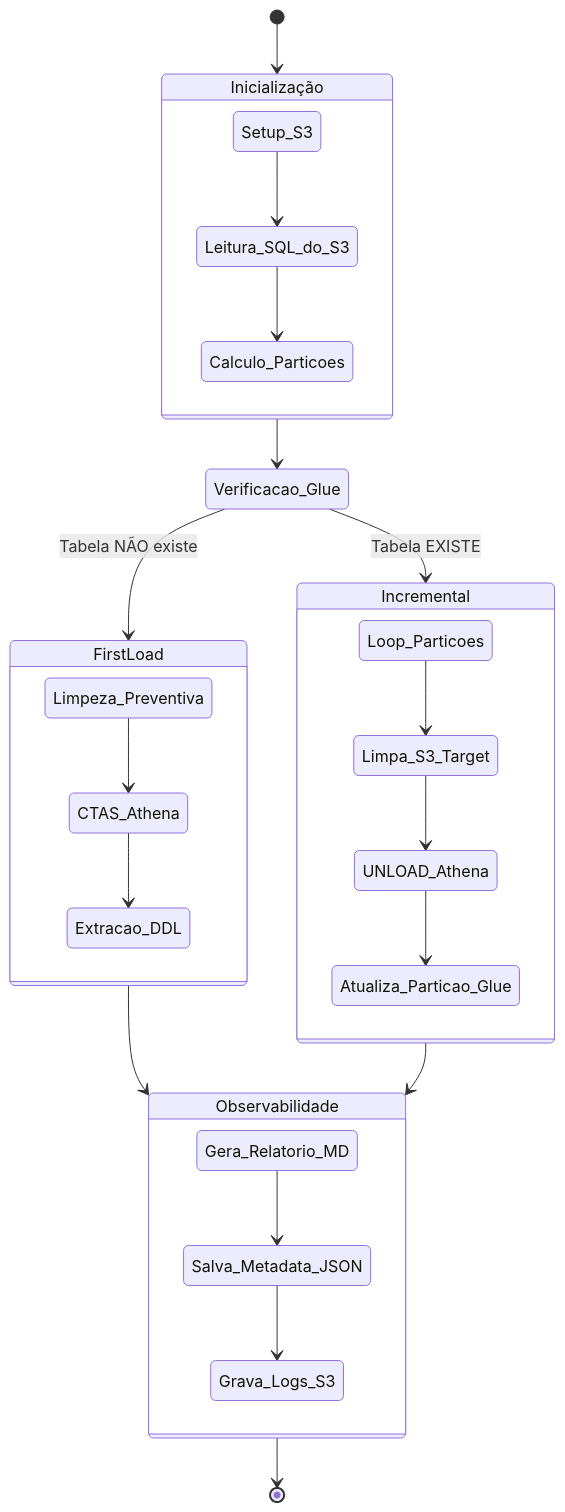
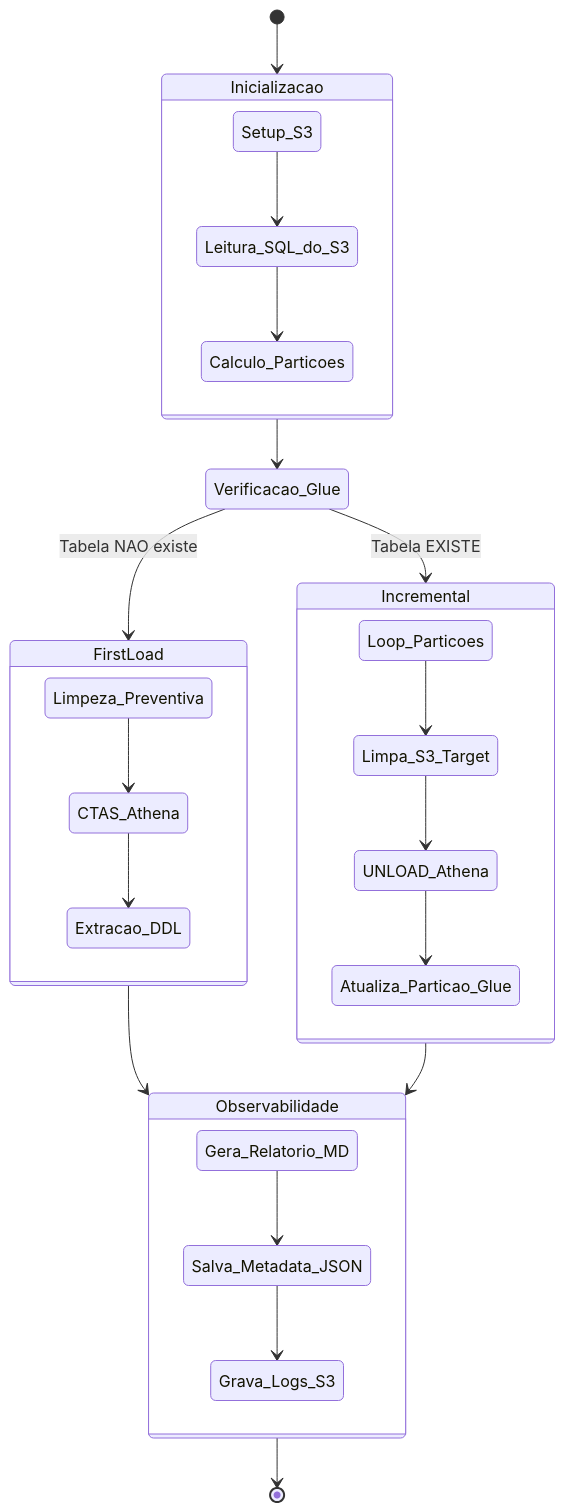
Before and after one commit to Oliver-Data-Engineer/AWS_Data_Factory: the third of 3 diagrams in notas.md, drawn with Mermaid. The commit also changed other lines of this file, not shown here.

````diff
--- a/notas.md
+++ b/notas.md
@@ -68,36 +223,27 @@
 ```mermaid
 stateDiagram-v2
-    [*] --> Inicialização
-    
-    state Inicialização {
+    [*] --> Inicializacao
+    state Inicializacao {
         Setup_S3 --> Leitura_SQL_do_S3
         Leitura_SQL_do_S3 --> Calculo_Particoes
     }
-    
-    Inicialização --> Verificacao_Glue
-    
-    Verificacao_Glue --> FirstLoad: Tabela NÃO existe
+    Inicializacao --> Verificacao_Glue
+    Verificacao_Glue --> FirstLoad: Tabela NAO existe
     Verificacao_Glue --> Incremental: Tabela EXISTE
-    
     state FirstLoad {
         Limpeza_Preventiva --> CTAS_Athena
         CTAS_Athena --> Extracao_DDL
     }
-    
     state Incremental {
         Loop_Particoes --> Limpa_S3_Target
         Limpa_S3_Target --> UNLOAD_Athena
         UNLOAD_Athena --> Atualiza_Particao_Glue
     }
-    
     FirstLoad --> Observabilidade
     Incremental --> Observabilidade
-    
     state Observabilidade {
         Gera_Relatorio_MD --> Salva_Metadata_JSON
         Salva_Metadata_JSON --> Grava_Logs_S3
     }
-    
     Observabilidade --> [*]
-
 ```
````
